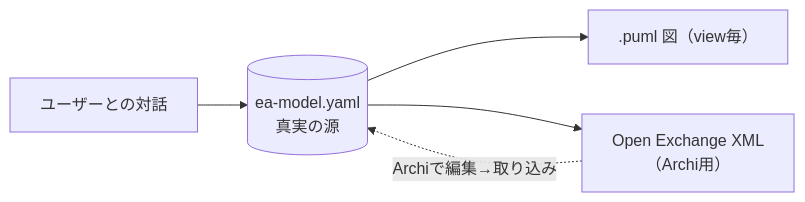
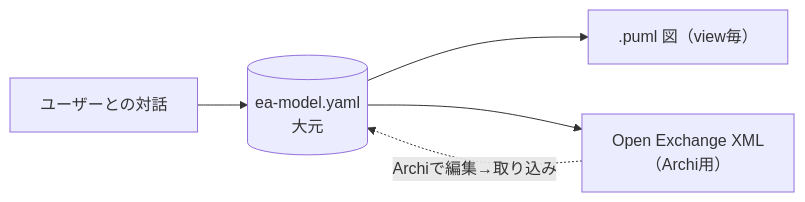
One commit to dobachi/claude-skills-marketplace changed the diagram in site/ea/archimate-ea.qmd. Above: the diagram before and after it, drawn with Mermaid. The commit also changed other lines of this file and 7 other files, not shown here.

````diff
--- a/site/ea/archimate-ea.qmd
+++ b/site/ea/archimate-ea.qmd
@@ -38,7 +38,7 @@
 ```{mermaid}
 flowchart LR
-  U[ユーザーとの対話] --> Y[(ea-model.yaml<br/>真実の源)]
+  U[ユーザーとの対話] --> Y[(ea-model.yaml<br/>大元)]
   Y --> P[.puml 図（view毎）]
   Y --> X[Open Exchange XML<br/>（Archi用）]
   X -. Archiで編集→取り込み .-> Y
 ```
````
